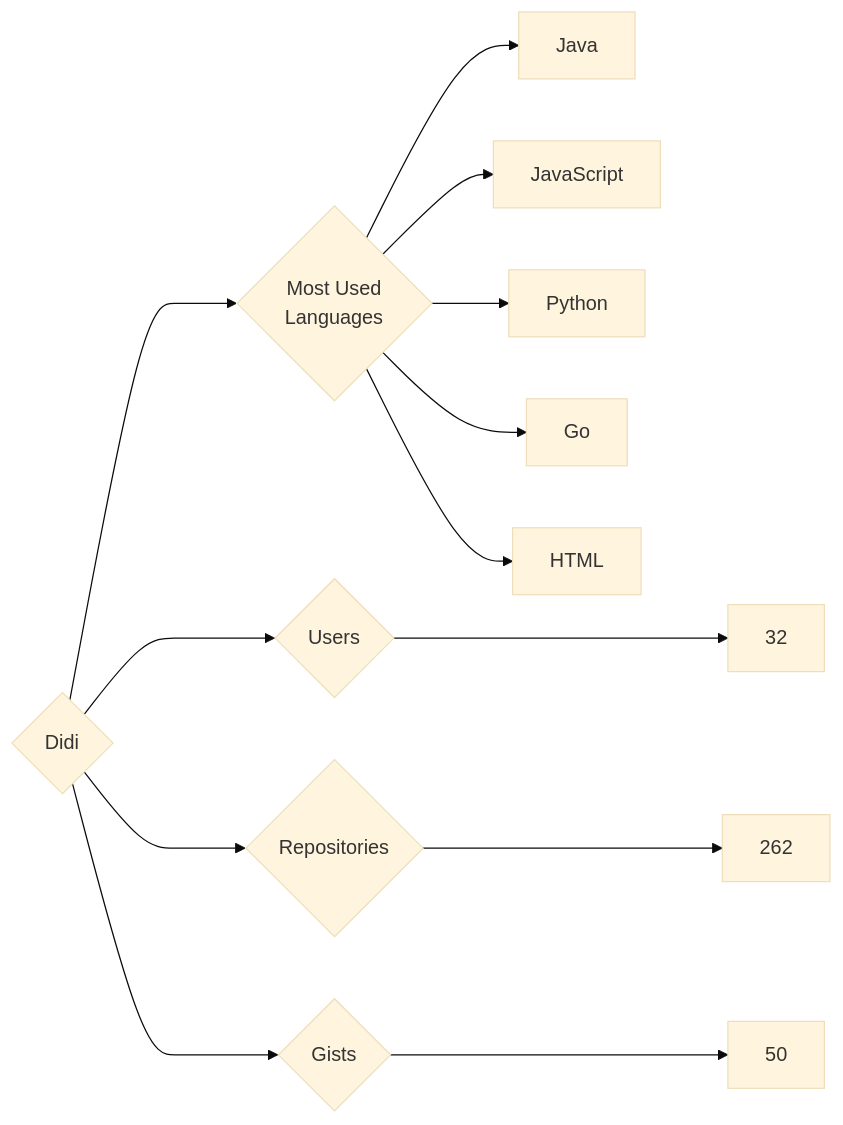
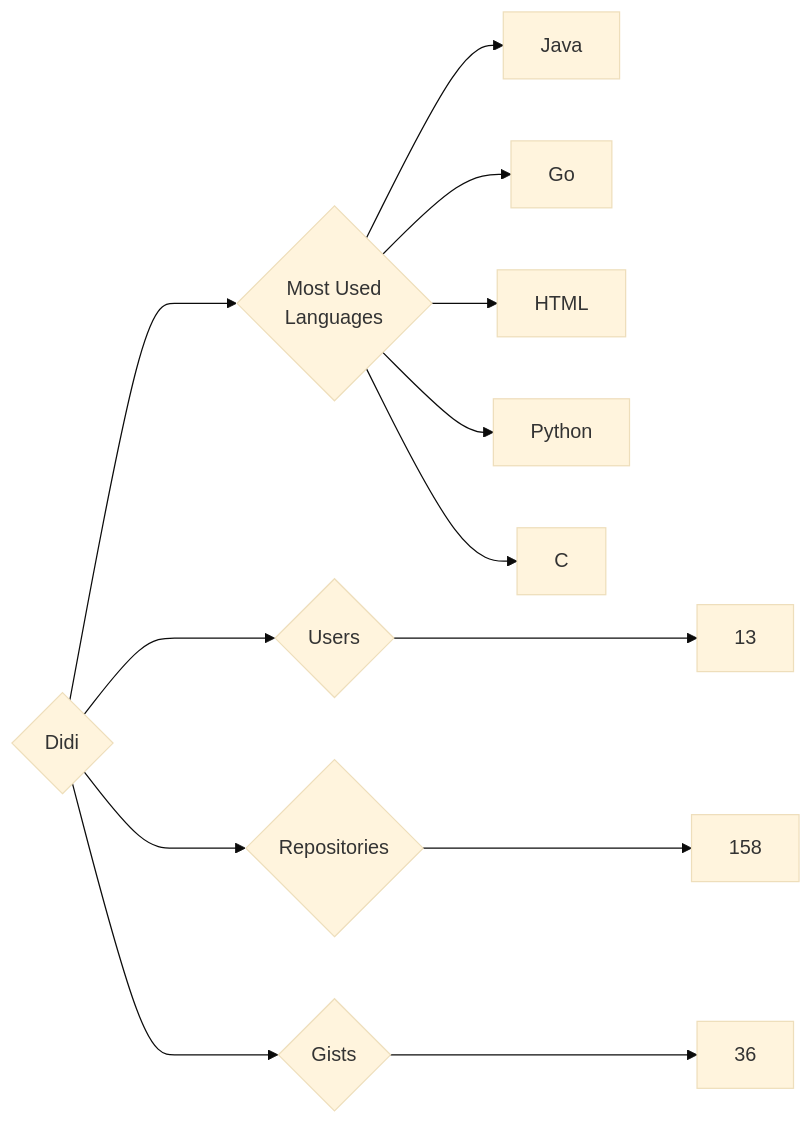
One commit to trickest/insiders changed the diagram in targets/Didi/README.md. Above: the diagram before and after it, drawn with Mermaid (base theme). The commit also changed 861 other files, not shown here.

````diff
--- a/targets/Didi/README.md
+++ b/targets/Didi/README.md
@@ -3,13 +3,13 @@
 ```mermaid
 graph LR
 COMPANY_NAME{Didi}
-COMPANY_NAME ---> U{Users} ---> UN[32]
-COMPANY_NAME ---> R{Repositories} ---> RN[262]
-COMPANY_NAME ---> G{Gists} ---> GN[50]
+COMPANY_NAME ---> U{Users} ---> UN[13]
+COMPANY_NAME ---> R{Repositories} ---> RN[158]
+COMPANY_NAME ---> G{Gists} ---> GN[36]
 COMPANY_NAME ---> ML{Most Used<br>Languages}
 ML --> Java[Java]
-ML --> JavaScript[JavaScript]
-ML --> Python[Python]
 ML --> Go[Go]
 ML --> HTML[HTML]
+ML --> Python[Python]
+ML --> C[C]
 ```
````
